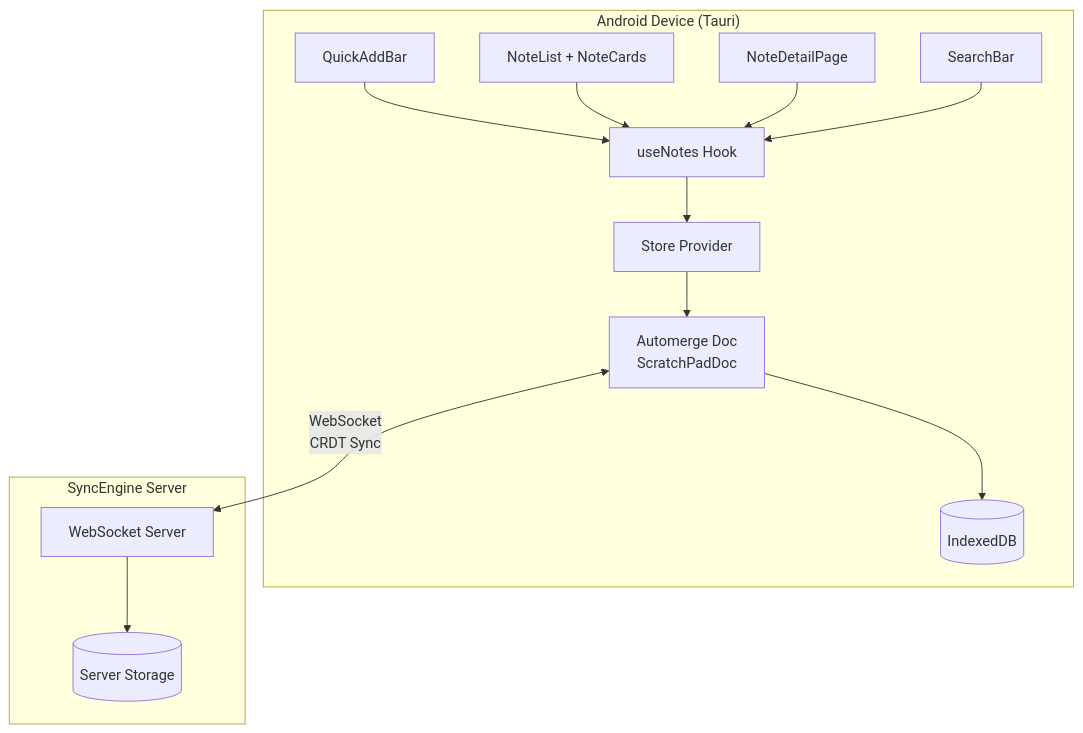
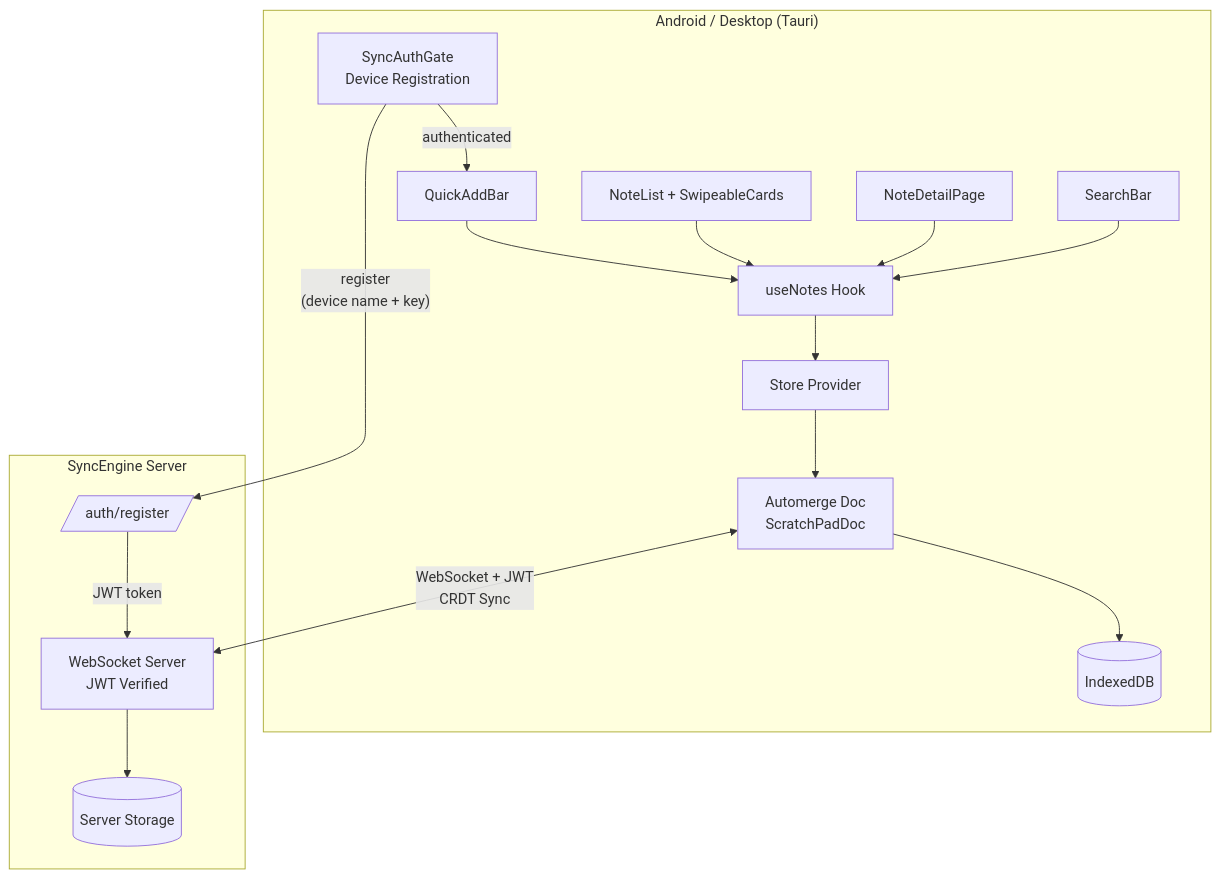
The diagram in docs/system-diagram.md (alejandroechev/scratchpad), drawn with Mermaid before and after one commit. The commit also changed 2 other files, not shown here.

Commit message:
Update README, system diagram, add ADR-002 sync auth
- README: v0.3.0 features, desktop commands, sync architecture section
- ADR-002: device registration + shared doc URL rationale
- System diagram: auth gate, JWT flow, swipeable cards

````diff
--- a/docs/system-diagram.md
+++ b/docs/system-diagram.md
@@ -3,29 +3,34 @@
 ```mermaid
 graph TD
-    subgraph "Android Device (Tauri)"
+    subgraph "Android / Desktop (Tauri)"
+        AUTH[SyncAuthGate<br/>Device Registration]
         QAB[QuickAddBar]
-        NL[NoteList + NoteCards]
+        NL[NoteList + SwipeableCards]
         NDP[NoteDetailPage]
         SB[SearchBar]
         Hook[useNotes Hook]
         SP[Store Provider]
         AM[Automerge Doc<br/>ScratchPadDoc]
         IDB[(IndexedDB)]
 
+        AUTH -->|authenticated| QAB
         QAB --> Hook
         NL --> Hook
         NDP --> Hook
         SB --> Hook
         Hook --> SP
         SP --> AM
         AM --> IDB
     end
 
     subgraph "SyncEngine Server"
-        WS[WebSocket Server]
+        REG[/auth/register/]
+        WS[WebSocket Server<br/>JWT Verified]
         Storage[(Server Storage)]
+        REG -->|JWT token| WS
         WS --> Storage
     end
 
-    AM <-->|"WebSocket<br/>CRDT Sync"| WS
+    AUTH -->|"register<br/>(device name + key)"| REG
+    AM <-->|"WebSocket + JWT<br/>CRDT Sync"| WS
 ```
````
